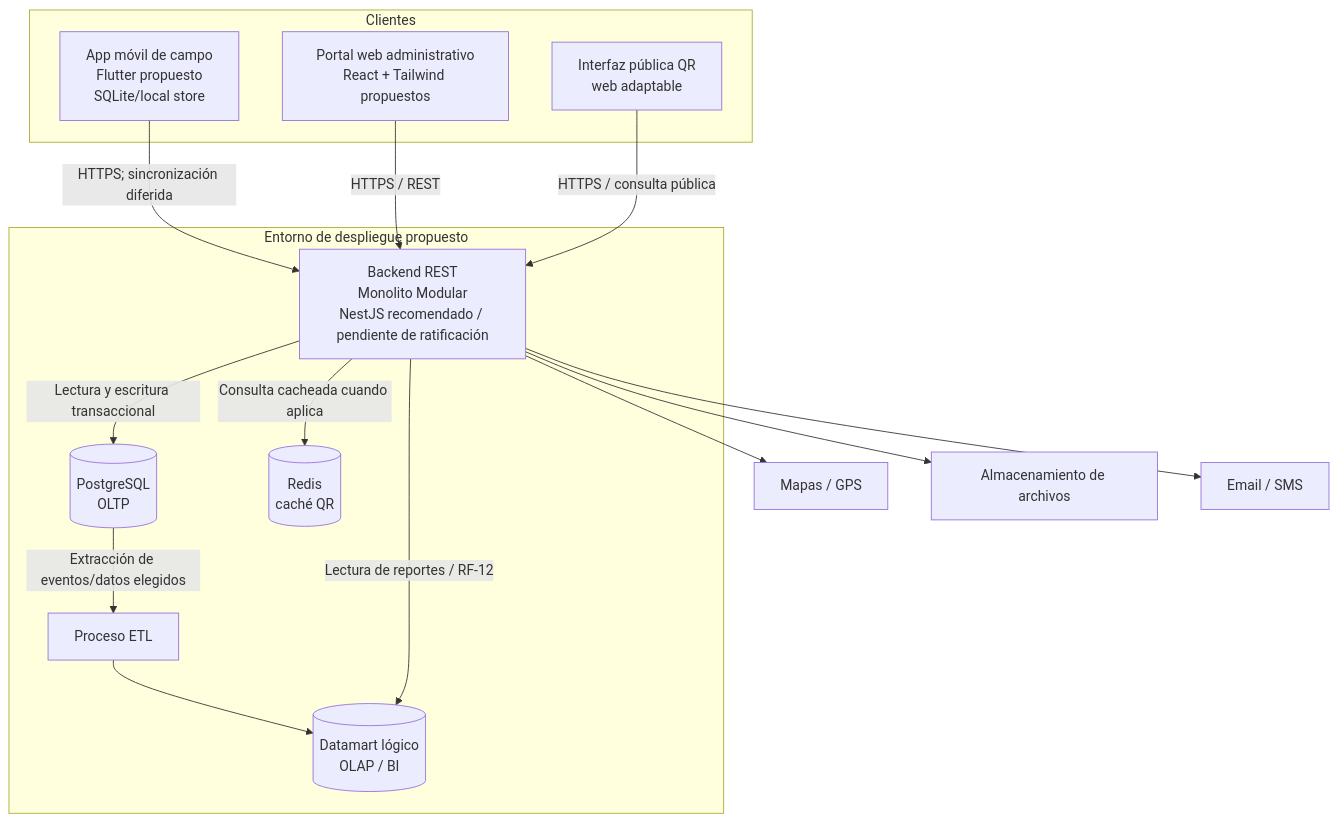
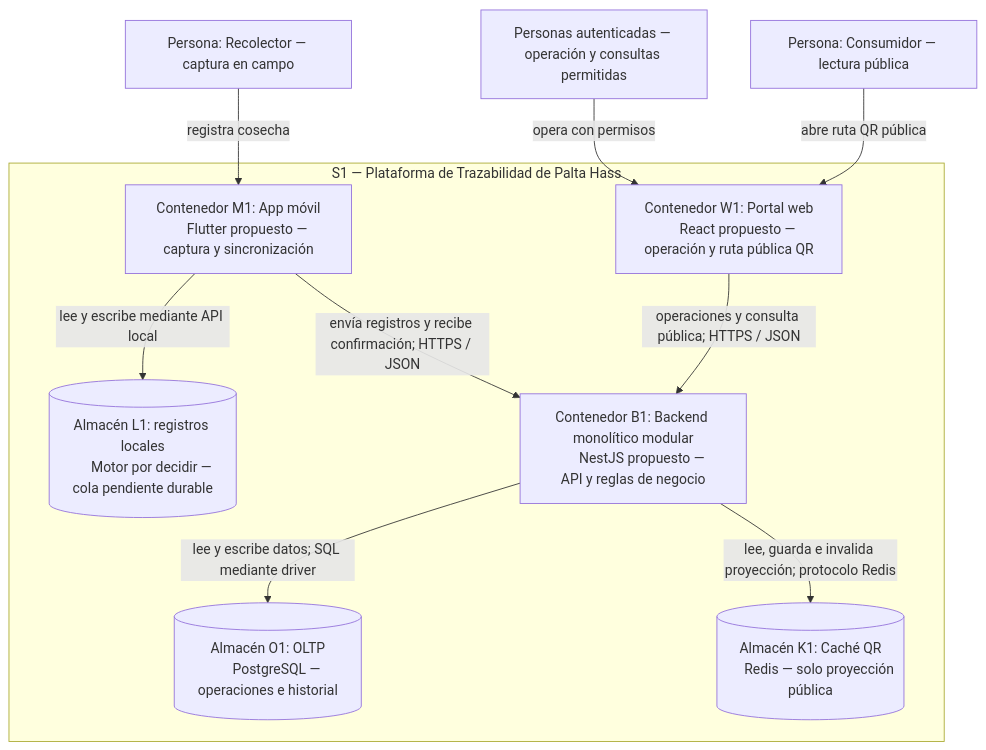
One commit to carlosgaraundo27-svg/Trazabilidad-Agricola-Arquitectura changed the second of 5 diagrams in docs/04-modelo-c4/modelo-c4.md. Above: the diagram before and after it, drawn with Mermaid. The commit also changed other lines of this file and 12 other files, not shown here.

Commit message:
docs: precisar monolito modular y reconstruir vistas C4 antes de Sprint 2

```diff
--- a/docs/04-modelo-c4/modelo-c4.md
+++ b/docs/04-modelo-c4/modelo-c4.md
@@ -53,32 +57,28 @@
 ~~~mermaid
 flowchart TB
-    subgraph CLIENTES["Clientes"]
-      MOBILE["App móvil de campo<br/>Flutter propuesto<br/>SQLite/local store"]
-      WEB["Portal web administrativo<br/>React + Tailwind propuestos"]
-      QR["Interfaz pública QR<br/>web adaptable"]
+    R["Persona: Recolector — captura en campo"]
+    I["Personas autenticadas — operación y consultas permitidas"]
+    V["Persona: Consumidor — lectura pública"]
+    subgraph S1["S1 — Plataforma de Trazabilidad de Palta Hass"]
+      M1["Contenedor M1: App móvil
+      Flutter propuesto — captura y sincronización"]
+      L1[("Almacén L1: registros locales
+      Motor por decidir — cola pendiente durable")]
+      W1["Contenedor W1: Portal web
+      React propuesto — operación y ruta pública QR"]
+      B1["Contenedor B1: Backend monolítico modular
+      NestJS propuesto — API y reglas de negocio"]
+      O1[("Almacén O1: OLTP
+      PostgreSQL — operaciones e historial")]
+      K1[("Almacén K1: Caché QR
+      Redis — solo proyección pública")]
+      M1 -->|"lee y escribe mediante API local"| L1
+      M1 -->|"envía registros y recibe confirmación; HTTPS / JSON"| B1
+      W1 -->|"operaciones y consulta pública; HTTPS / JSON"| B1
+      B1 -->|"lee y escribe datos; SQL mediante driver"| O1
+      B1 -->|"lee, guarda e invalida proyección; protocolo Redis"| K1
     end
-
-    subgraph CLOUD["Entorno de despliegue propuesto"]
-      API["Backend REST<br/>Monolito Modular<br/>NestJS recomendado / pendiente de ratificación"]
-      PG[("PostgreSQL<br/>OLTP")]
-      REDIS[("Redis<br/>caché QR")]
-      ETL["Proceso ETL"]
-      DM[("Datamart lógico<br/>OLAP / BI")]
-    end
-
-    MAPS["Mapas / GPS"]
-    STORE["Almacenamiento de archivos"]
-    NOTIFY["Email / SMS"]
-
-    MOBILE -->|"HTTPS; sincronización diferida"| API
-    WEB -->|"HTTPS / REST"| API
-    QR -->|"HTTPS / consulta pública"| API
-    API -->|"Lectura y escritura transaccional"| PG
-    API -->|"Consulta cacheada cuando aplica"| REDIS
-    PG -->|"Extracción de eventos/datos elegidos"| ETL
-    ETL --> DM
-    API -->|"Lectura de reportes / RF-12"| DM
-    API --> MAPS
-    API --> STORE
-    API --> NOTIFY
+    R -->|"registra cosecha"| M1
+    I -->|"opera con permisos"| W1
+    V -->|"abre ruta QR pública"| W1
 ~~~
```
